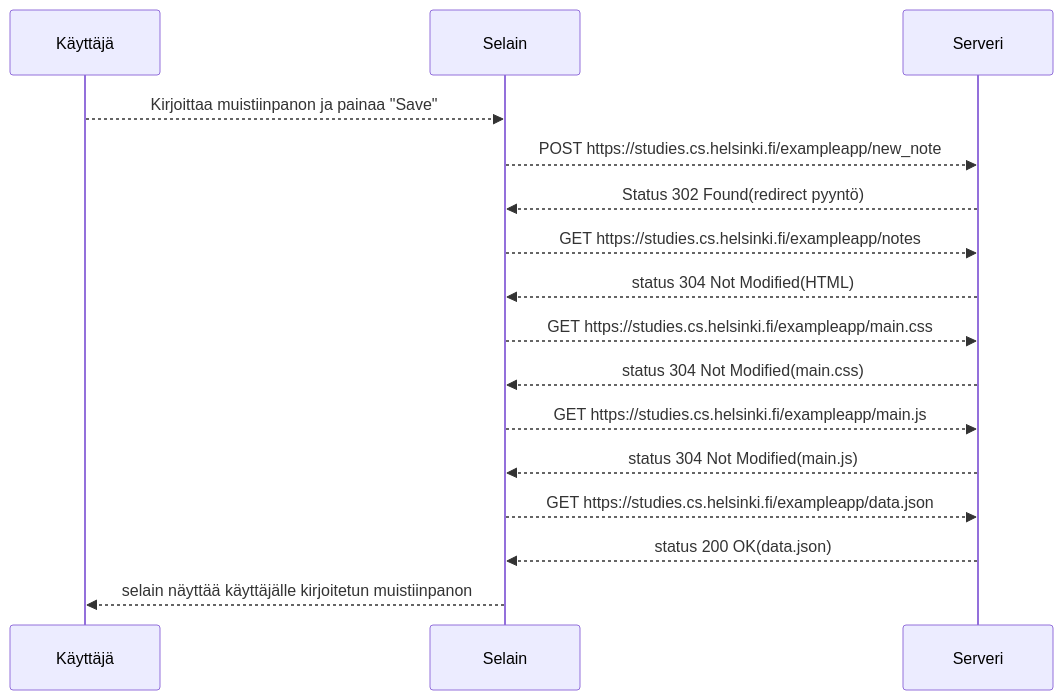
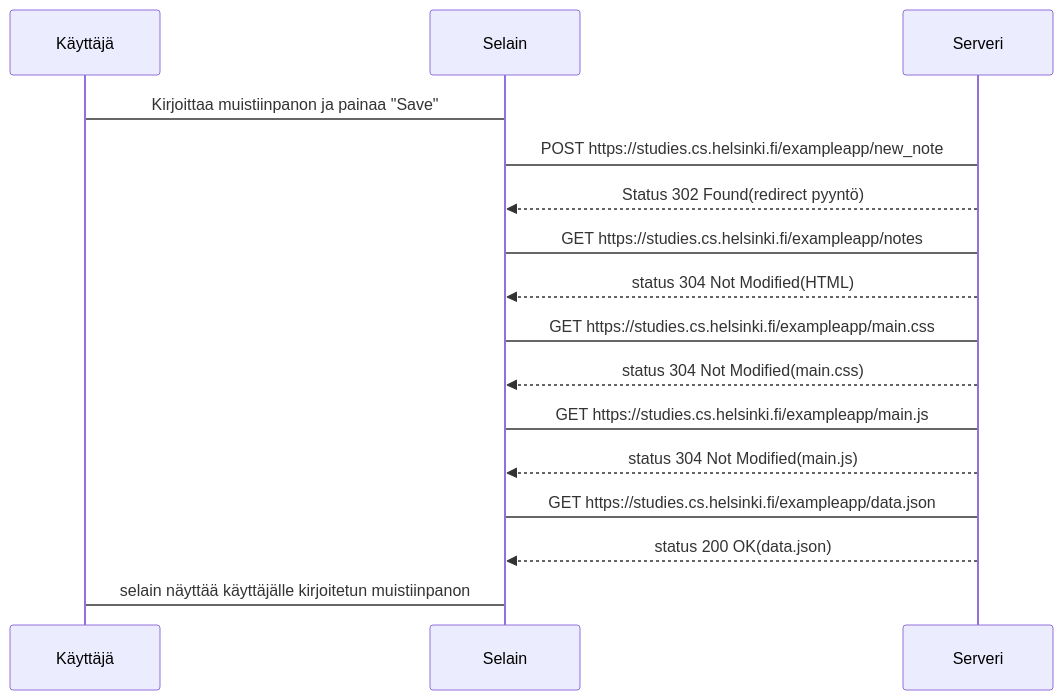
The first of 3 diagrams in README.md (Jarttu/Fso-0), drawn with Mermaid before and after one commit.

````diff
--- a/README.md
+++ b/README.md
@@ -1,19 +1,17 @@
 ```mermaid
 sequenceDiagram
-  participant Käyttäjä
-  participant Selain
-  participant Serveri
+  
 
-  Käyttäjä-->>Selain: Kirjoittaa muistiinpanon ja painaa "Save"
-  Selain-->>Serveri: POST https://studies.cs.helsinki.fi/exampleapp/new_note
+  Käyttäjä->Selain: Kirjoittaa muistiinpanon ja painaa "Save"
+  Selain->Serveri: POST https://studies.cs.helsinki.fi/exampleapp/new_note
   Serveri-->>Selain: Status 302 Found(redirect pyyntö)
-  Selain-->>Serveri: GET https://studies.cs.helsinki.fi/exampleapp/notes
+  Selain->Serveri: GET https://studies.cs.helsinki.fi/exampleapp/notes
   Serveri-->>Selain: status 304 Not Modified(HTML)
-  Selain-->>Serveri: GET https://studies.cs.helsinki.fi/exampleapp/main.css
+  Selain->Serveri: GET https://studies.cs.helsinki.fi/exampleapp/main.css
   Serveri-->>Selain: status 304 Not Modified(main.css)
-  Selain-->>Serveri: GET https://studies.cs.helsinki.fi/exampleapp/main.js
+  Selain->Serveri: GET https://studies.cs.helsinki.fi/exampleapp/main.js
   Serveri-->>Selain: status 304 Not Modified(main.js)
-  Selain-->>Serveri: GET https://studies.cs.helsinki.fi/exampleapp/data.json
+  Selain->Serveri: GET https://studies.cs.helsinki.fi/exampleapp/data.json
   Serveri-->>Selain: status 200 OK(data.json)
-  Selain-->>Käyttäjä: selain näyttää käyttäjälle kirjoitetun muistiinpanon
+  Selain->Käyttäjä: selain näyttää käyttäjälle kirjoitetun muistiinpanon
 ```
````
